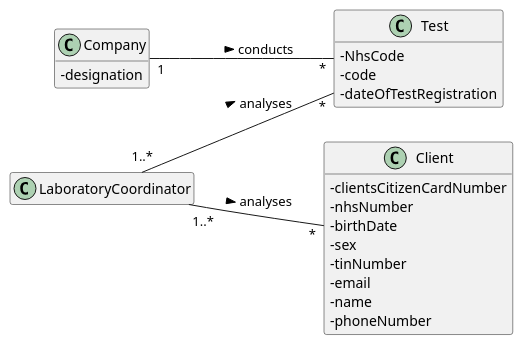
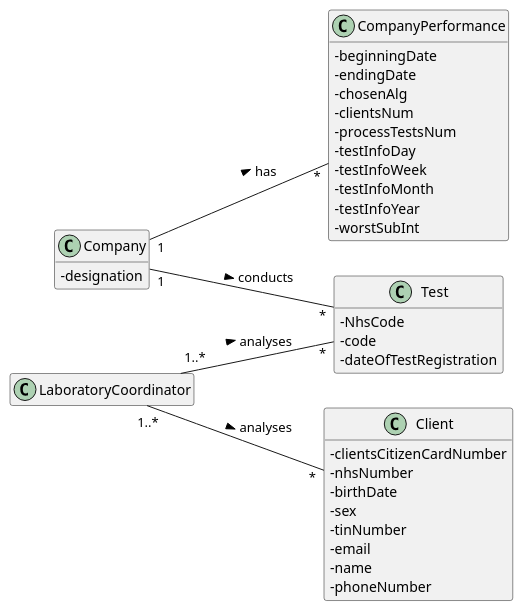
Before and after one commit to ana-albergaria/LAPR2-ISEP: the diagram in docs/SprintD/US_16/US16_DM.puml, drawn with PlantUML. The commit also changed 13 other files, not shown here.

```diff
--- a/docs/SprintD/US_16/US16_DM.puml
+++ b/docs/SprintD/US_16/US16_DM.puml
@@ -1,36 +1,50 @@
 @startuml
 
 skinparam classAttributeIconSize 0
 hide empty methods
 hide empty attributes
 left to right direction
 
 class Company{
 - designation
 }
 
 class Test{
 - NhsCode
 - code
 - dateOfTestRegistration
 }
 
 class Client{
 - clientsCitizenCardNumber
 - nhsNumber
 - birthDate
 - sex
 - tinNumber
 - email
 - name
 - phoneNumber
 }
 
 class LaboratoryCoordinator{
 }
 
+class CompanyPerformance{
+- beginningDate
+- endingDate
+- chosenAlg
+- clientsNum
+- processTestsNum
+- testInfoDay
+- testInfoWeek
+- testInfoMonth
+- testInfoYear
+- worstSubInt
+}
+
 Company "1" -- "*" Test : conducts >
 LaboratoryCoordinator "1..*" -- "*" Test : analyses >
 LaboratoryCoordinator "1..*" -- "*" Client : analyses >
+Company "1" -- "*" CompanyPerformance : has >
 
 @enduml
```
